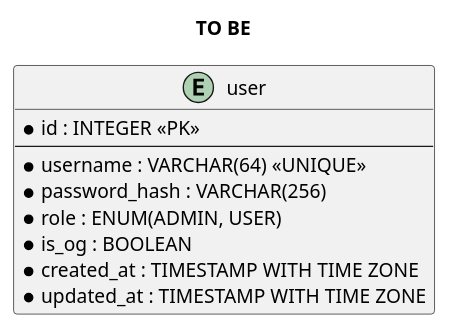
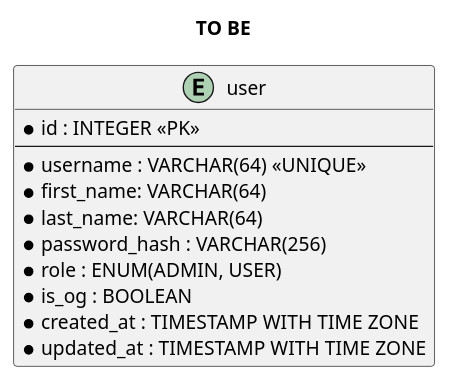
The diagram in backend/app/user/docs/TO_BE.puml (hush0k/Kcell_Mergen), drawn with PlantUML before and after one commit. The commit also changed 15 other files, not shown here.

Commit message:
Add first name and last name fields to user model; implement Header and Sidebar components; enhance Button component for icon-only usage; update LoginForm error handling

```diff
--- a/backend/app/user/docs/TO_BE.puml
+++ b/backend/app/user/docs/TO_BE.puml
@@ -1,16 +1,18 @@
 @startuml
 
 title TO BE
 
 entity "user" {
   * id : INTEGER <<PK>>
   --
   * username : VARCHAR(64) <<UNIQUE>>
+  * first_name: VARCHAR(64)
+  * last_name: VARCHAR(64)
   * password_hash : VARCHAR(256)
   * role : ENUM(ADMIN, USER)
   * is_og : BOOLEAN
   * created_at : TIMESTAMP WITH TIME ZONE
   * updated_at : TIMESTAMP WITH TIME ZONE
 }
 
 @enduml
```
